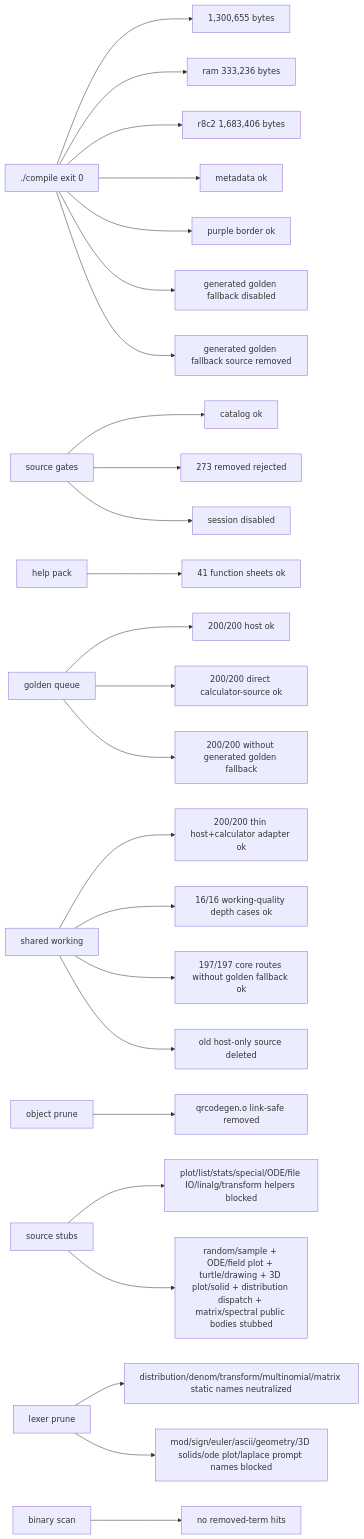
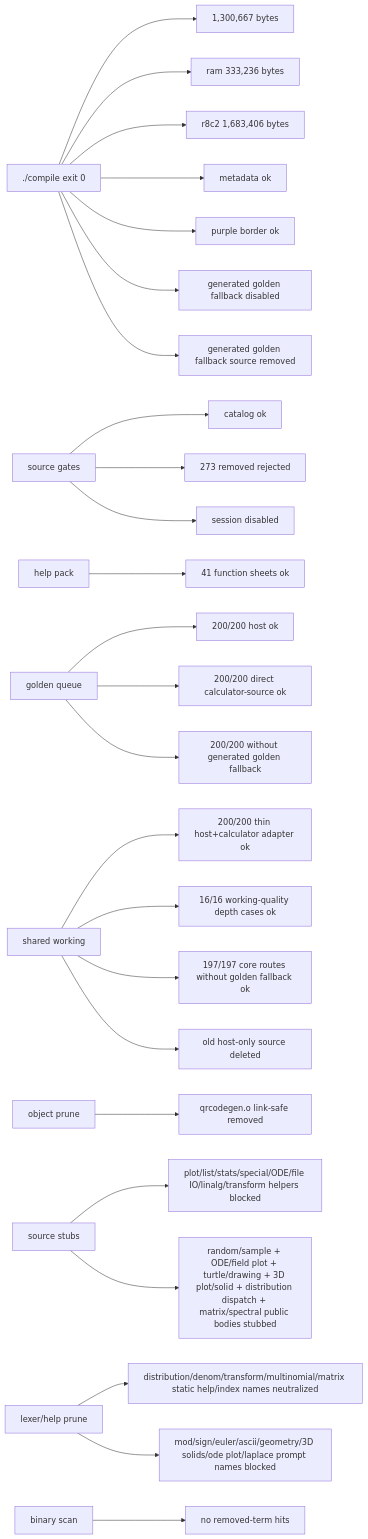
The seventh of 7 diagrams in docs/GRAPH.md (james8464/notes-addin-casio-fx-cg50), drawn with Mermaid before and after one commit. The commit also changed other lines of this file and 11 other files, not shown here.

Commit message:
prune: hide static matrix help keys

````diff
--- a/docs/GRAPH.md
+++ b/docs/GRAPH.md
@@ -170,27 +170,27 @@
 ```mermaid
 graph LR
-  Build["./compile exit 0"] --> Size["1,300,655 bytes"]
+  Build["./compile exit 0"] --> Size["1,300,667 bytes"]
   Build --> Ram["ram 333,236 bytes"]
   Build --> R8C2["r8c2 1,683,406 bytes"]
   Build --> Meta["metadata ok"]
   Build --> Border["purple border ok"]
   Build --> NoRuntimeFallback["generated golden fallback disabled"]
   Build --> NoRuntimeSource["generated golden fallback source removed"]
   Source["source gates"] --> Catalog["catalog ok"]
   Source --> Removed["273 removed rejected"]
   Source --> Session["session disabled"]
   Help["help pack"] --> HelpQ["41 function sheets ok"]
   Queue["golden queue"] --> QueueRun["200/200 host ok"]
   Queue --> GoldenRun["200/200 direct calculator-source ok"]
   Queue --> NoGolden["200/200 without generated golden fallback"]
   Shared["shared working"] --> SharedRun["200/200 thin host+calculator adapter ok"]
   Shared --> WorkQ["16/16 working-quality depth cases ok"]
   Shared --> CoreRun["197/197 core routes without golden fallback ok"]
   Shared --> NoHostSrc["old host-only source deleted"]
   Obj["object prune"] --> QR["qrcodegen.o link-safe removed"]
   Macro["source stubs"] --> Stubbed["plot/list/stats/special/ODE/file IO/linalg/transform helpers blocked"]
   Macro --> RuntimeStubbed["random/sample + ODE/field plot + turtle/drawing + 3D plot/solid + distribution dispatch + matrix/spectral public bodies stubbed"]
-  Static["lexer prune"] --> StaticRun["distribution/denom/transform/multinomial/matrix static names neutralized"]
+  Static["lexer/help prune"] --> StaticRun["distribution/denom/transform/multinomial/matrix static help/index names neutralized"]
   Static --> PromptRun["mod/sign/euler/ascii/geometry/3D solids/ode plot/laplace prompt names blocked"]
   Bin["binary scan"] --> NoLeak["no removed-term hits"]
 ```
````
